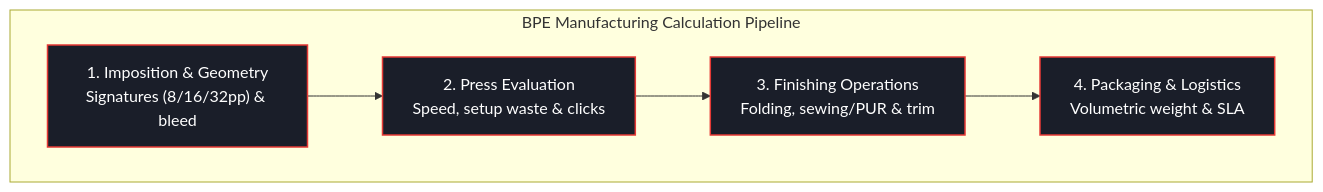
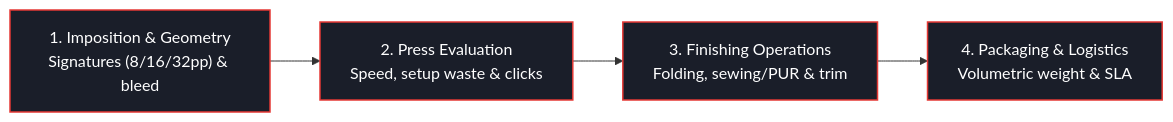
The second of 3 diagrams in docs/api/pricing-api.md (drleuman/printprice-docs), drawn with Mermaid before and after one commit. The commit also changed other lines of this file and 29 other files, not shown here.

Commit message:
fix(docs-ui): enforce diagram typography, focus trap, and full visual matrix (DOC-UI-02)

````diff
--- a/docs/api/pricing-api.md
+++ b/docs/api/pricing-api.md
@@ -58,12 +40,9 @@
 ```mermaid
 flowchart LR
-    subgraph BPE_Stages ["BPE Manufacturing Calculation Pipeline"]
-        direction LR
-        Impos["1. Imposition & Geometry\nSignatures (8/16/32pp) & bleed"] --> Press["2. Press Evaluation\nSpeed, setup waste & clicks"]
-        Press --> Finish["3. Finishing Operations\nFolding, sewing/PUR & trim"]
-        Finish --> Pack["4. Packaging & Logistics\nVolumetric weight & SLA"]
-    end
+    Impos["1. Imposition & Geometry<br/>Signatures (8/16/32pp) & bleed"] --> Press["2. Press Evaluation<br/>Speed, setup waste & clicks"]
+    Press --> Finish["3. Finishing Operations<br/>Folding, sewing/PUR & trim"]
+    Finish --> Pack["4. Packaging & Logistics<br/>Volumetric weight & SLA"]
 
     classDef bpeStage fill:#1A1E29,stroke:#E53935,stroke-width:1.5px,color:#FFFFFF;
     class Impos,Press,Finish,Pack bpeStage;
 ```
````
